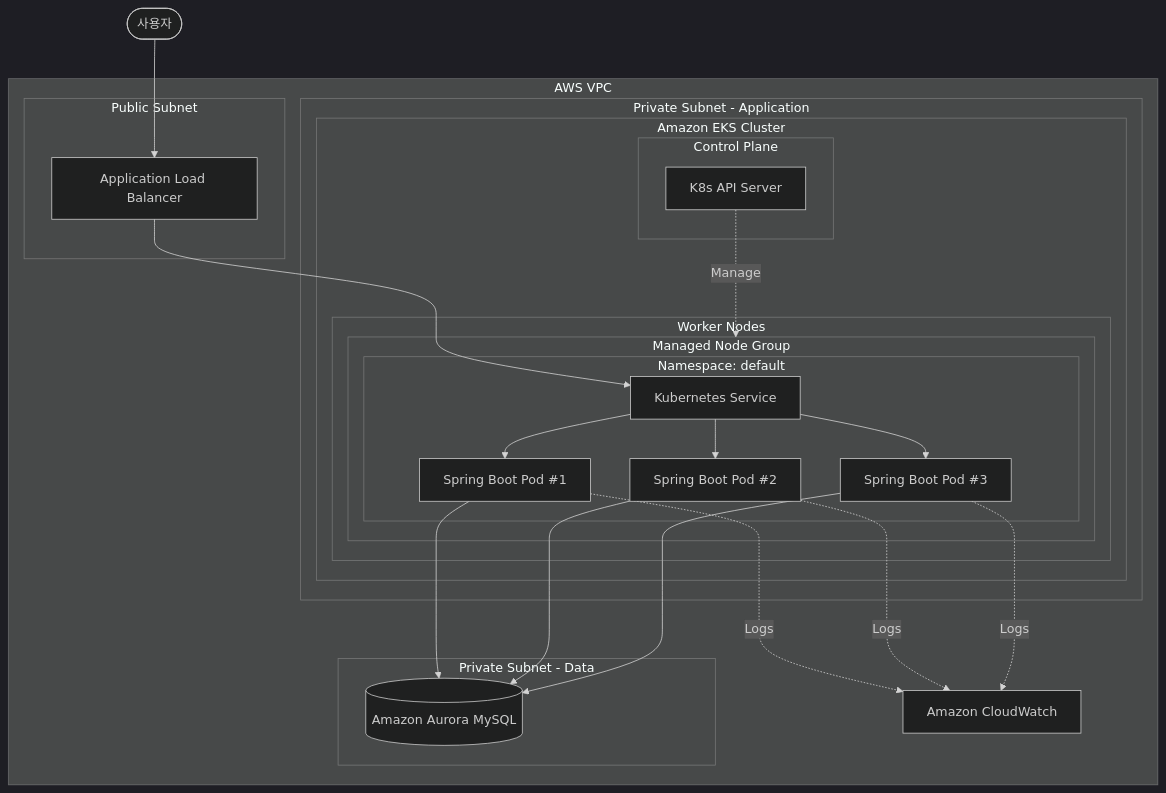
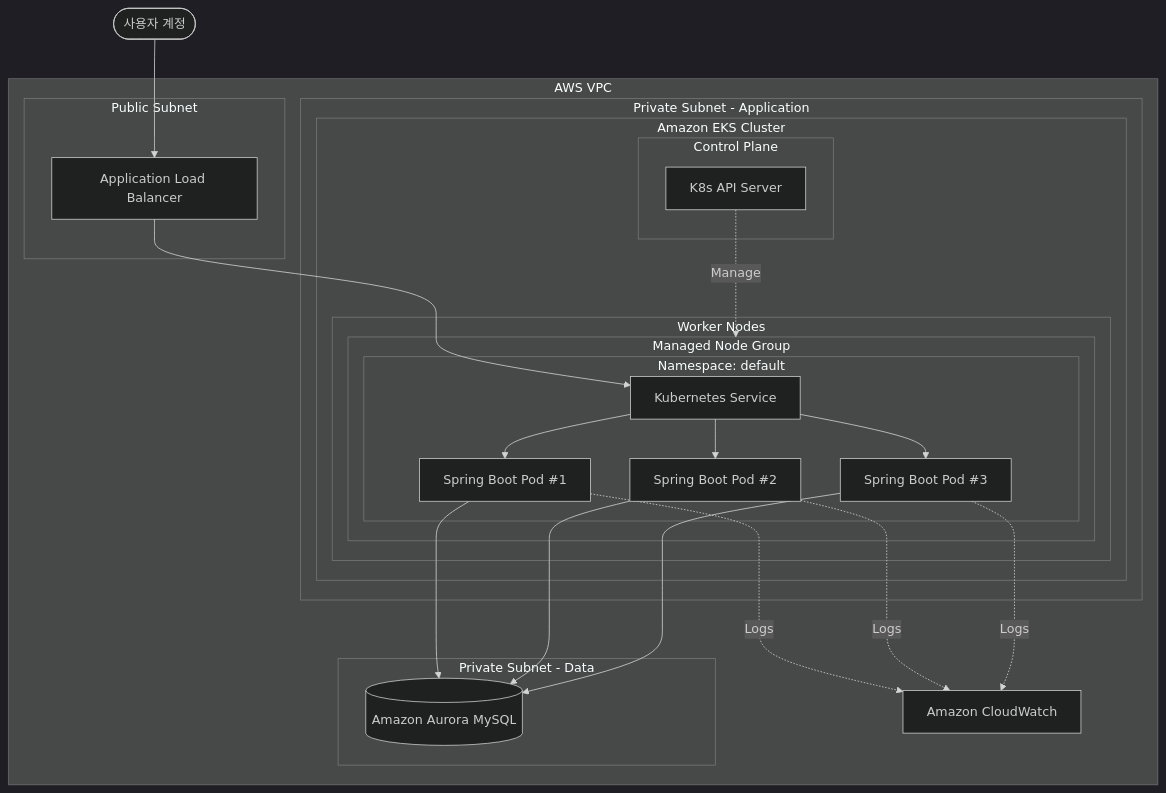
The diagram in docs/아키텍처 구성.md (muzzaiwork/point), drawn with Mermaid (dark theme) before and after one commit. The commit also changed 15 other files, not shown here.

Commit message:
Rename User and UserRepository to UserAccount and UserAccountRepository

````diff
--- a/docs/아키텍처 구성.md
+++ b/docs/아키텍처 구성.md
@@ -7,48 +7,48 @@
 ```mermaid
 graph TD
-   User([사용자])
+   UserAccount([사용자 계정])
 
    subgraph VPC[AWS VPC]
       subgraph PublicSubnet[Public Subnet]
          ALB[Application Load Balancer]
       end
 
       subgraph PrivateSubnetApp[Private Subnet - Application]
          subgraph EKS[Amazon EKS Cluster]
             subgraph ControlPlane[Control Plane]
                APIServer[K8s API Server]
             end
 
             subgraph WorkerNodes[Worker Nodes]
                subgraph NodeGroup[Managed Node Group]
                   subgraph Namespace[Namespace: default]
                      Service[Kubernetes Service]
                      Pod1[Spring Boot Pod #1]
                      Pod2[Spring Boot Pod #2]
                      Pod3[Spring Boot Pod #3]
                   end
                end
             end
          end
       end
 
       subgraph PrivateSubnetData[Private Subnet - Data]
          Aurora[(Amazon Aurora MySQL)]
       end
 
       CloudWatch[Amazon CloudWatch]
    end
 
-   User --> ALB
+   UserAccount --> ALB
    ALB --> Service
    Service --> Pod1
    Service --> Pod2
    Service --> Pod3
    Pod1 --> Aurora
    Pod2 --> Aurora
    Pod3 --> Aurora
    Pod1 -. Logs .-> CloudWatch
    Pod2 -. Logs .-> CloudWatch
    Pod3 -. Logs .-> CloudWatch
    APIServer -. Manage .-> NodeGroup
 ```
````
